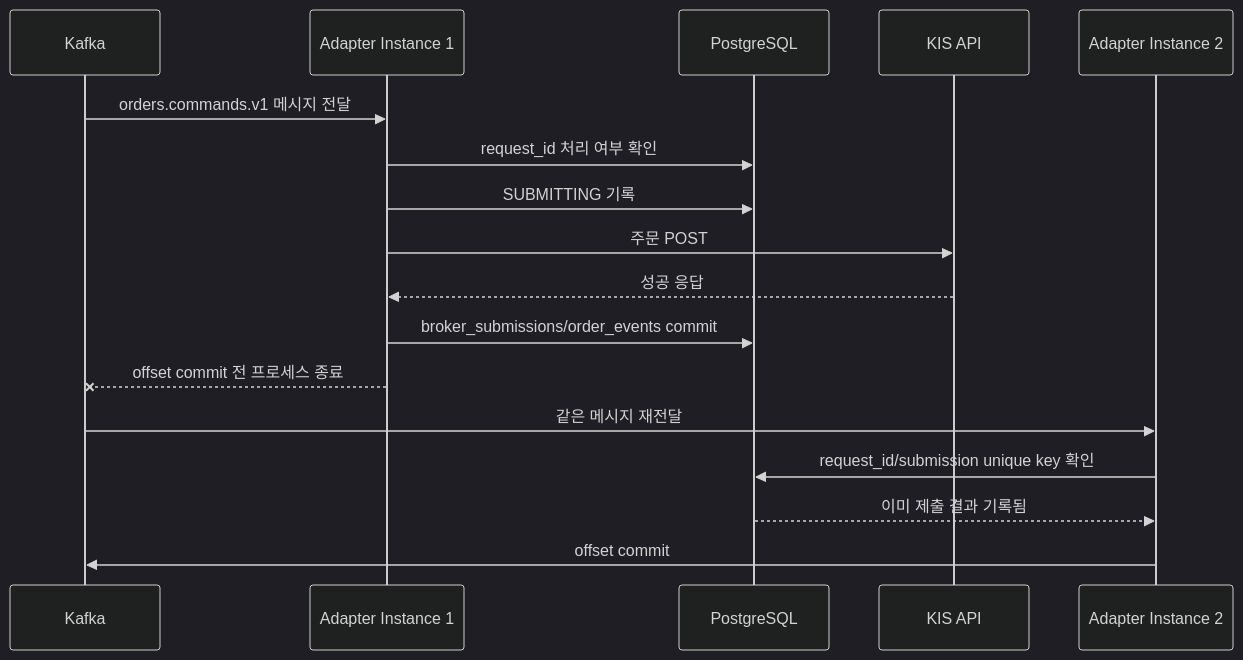
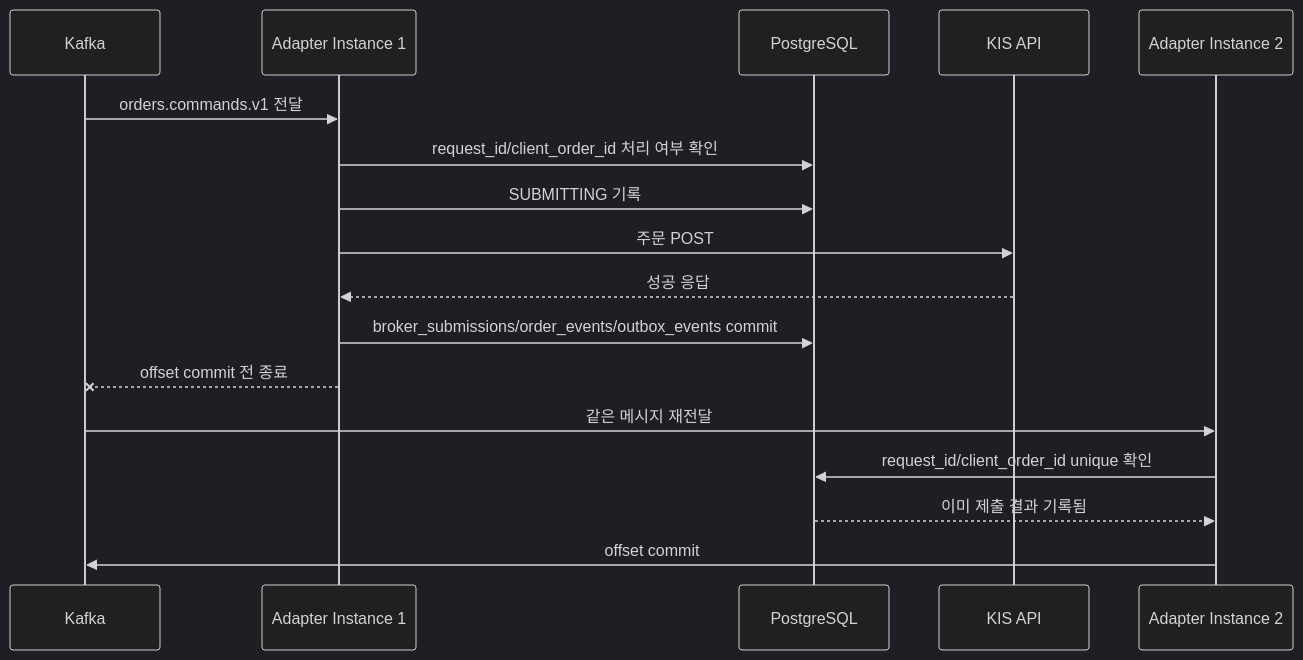
The fifth of 6 diagrams in docs/architecture.md (seunglee10/GOPS-BE), drawn with Mermaid (dark theme) before and after one commit. The commit also changed other lines of this file and 5 other files, not shown here.

````diff
--- a/docs/architecture.md
+++ b/docs/architecture.md
@@ -103,20 +162,20 @@
 ```mermaid
 sequenceDiagram
-    participant K as Kafka
-    participant A1 as Adapter Instance 1
-    participant DB as PostgreSQL
-    participant KIS as KIS API
-    participant A2 as Adapter Instance 2
+  participant K as Kafka
+  participant A1 as Adapter Instance 1
+  participant DB as PostgreSQL
+  participant KIS as KIS API
+  participant A2 as Adapter Instance 2
 
-    K->>A1: orders.commands.v1 메시지 전달
-    A1->>DB: request_id 처리 여부 확인
-    A1->>DB: SUBMITTING 기록
-    A1->>KIS: 주문 POST
-    KIS-->>A1: 성공 응답
-    A1->>DB: broker_submissions/order_events commit
-    A1--xK: offset commit 전 프로세스 종료
-    K->>A2: 같은 메시지 재전달
-    A2->>DB: request_id/submission unique key 확인
-    DB-->>A2: 이미 제출 결과 기록됨
-    A2->>K: offset commit
+  K->>A1: orders.commands.v1 전달
+  A1->>DB: request_id/client_order_id 처리 여부 확인
+  A1->>DB: SUBMITTING 기록
+  A1->>KIS: 주문 POST
+  KIS-->>A1: 성공 응답
+  A1->>DB: broker_submissions/order_events/outbox_events commit
+  A1--xK: offset commit 전 종료
+  K->>A2: 같은 메시지 재전달
+  A2->>DB: request_id/client_order_id unique 확인
+  DB-->>A2: 이미 제출 결과 기록됨
+  A2->>K: offset commit
 ```
````
